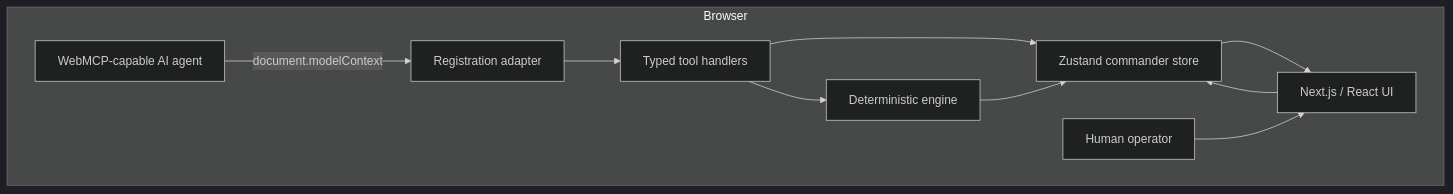
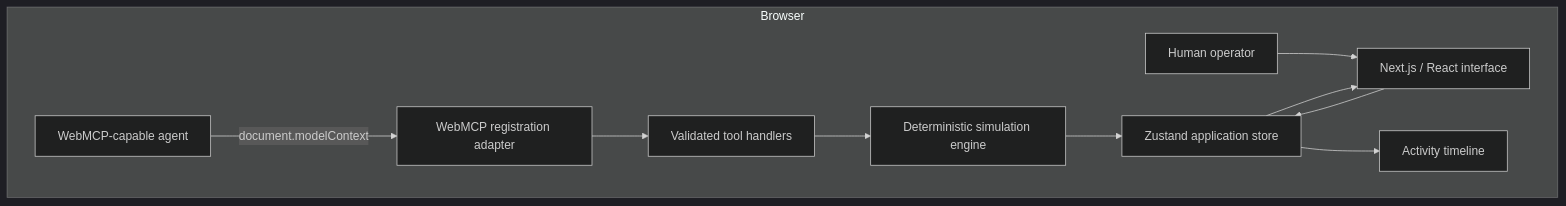
The first of 2 diagrams in docs/ARCHITECTURE.md (la3679/webops-commander), drawn with Mermaid (dark theme) before and after one commit. The commit also changed other lines of this file and 3 other files, not shown here.

````diff
--- a/docs/ARCHITECTURE.md
+++ b/docs/ARCHITECTURE.md
@@ -9,20 +16,22 @@
 ```mermaid
 flowchart TB
   subgraph Browser
-    Agent[WebMCP-capable AI agent]
+    Agent[WebMCP-capable agent]
     Human[Human operator]
-    Registration[Registration adapter]
-    UI[Next.js / React UI]
-    Store[Zustand commander store]
-    Handlers[Typed tool handlers]
-    Engine[Deterministic engine]
+    Registration[WebMCP registration adapter]
+    Handlers[Validated tool handlers]
+    Engine[Deterministic simulation engine]
+    Store[Zustand application store]
+    UI[Next.js / React interface]
+    Audit[Activity timeline]
   end
+
   Agent -->|document.modelContext| Registration
   Registration --> Handlers
-  Handlers --> Store
   Handlers --> Engine
   Engine --> Store
-  Store --> UI
   Human --> UI
   UI --> Store
+  Store --> UI
+  Store --> Audit
 ```
````
